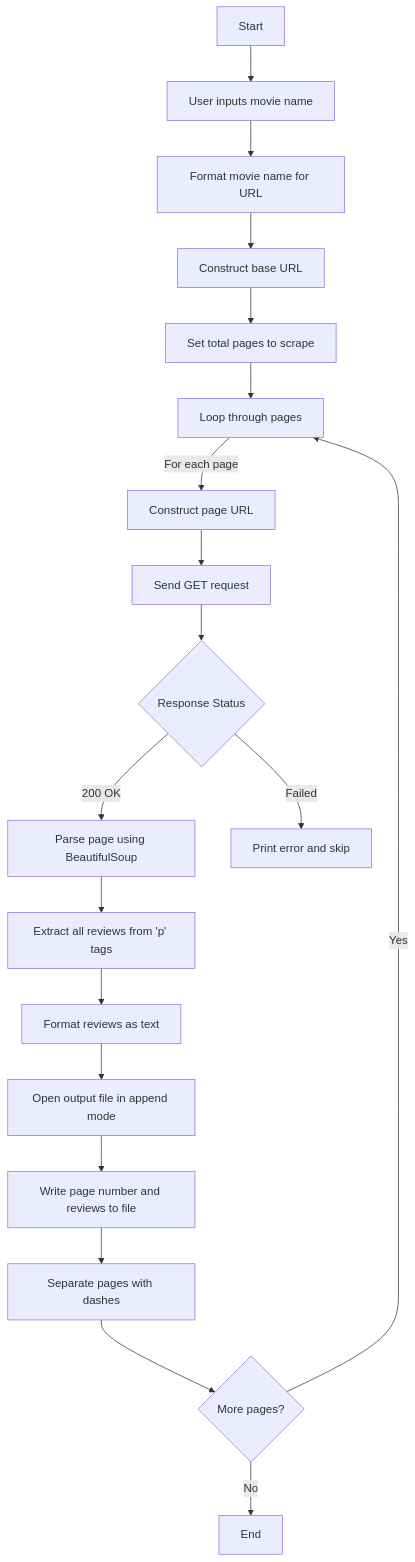
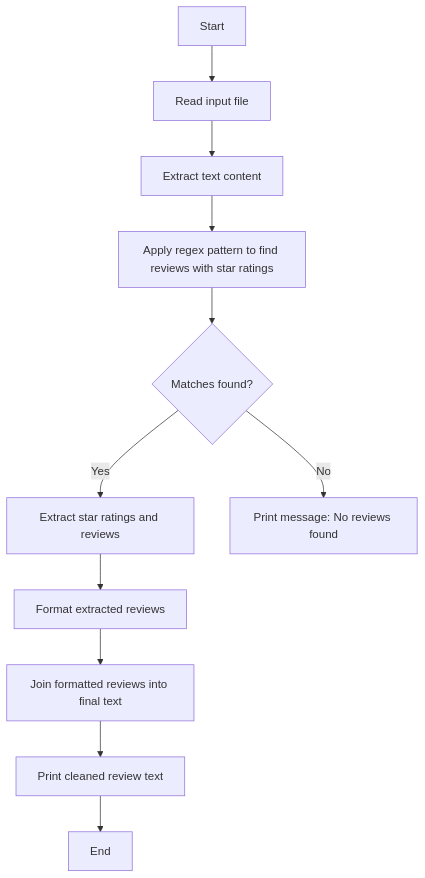
The diagram in test.md (Feininon/LetterBoxd-Review-Summarizer), drawn with Mermaid before and after one commit.

````diff
--- a/test.md
+++ b/test.md
@@ -1,22 +1,13 @@
 ```mermaid
 flowchart TD
-    A[Start] --> B[User inputs movie name]
-    B --> C[Format movie name for URL]
-    C --> D[Construct base URL]
-    D --> E[Set total pages to scrape]
-    E --> F[Loop through pages]
-    F -->|For each page| G[Construct page URL]
-    G --> H[Send GET request]
-    H --> I{Response Status}
-    I -- 200 OK --> J[Parse page using BeautifulSoup]
-    I -- Failed --> X[Print error and skip]
-    J --> K[Extract all reviews from 'p' tags]
-    K --> L[Format reviews as text]
-    L --> M[Open output file in append mode]
-    M --> N[Write page number and reviews to file]
-    N --> O[Separate pages with dashes]
-    O --> P{More pages?}
-    P -- Yes --> F
-    P -- No --> Q[End]
-
+    A[Start] --> B[Read input file]
+    B --> C[Extract text content]
+    C --> D[Apply regex pattern to find reviews with star ratings]
+    D --> E{Matches found?}
+    E -- Yes --> F[Extract star ratings and reviews]
+    E -- No --> X[Print message: No reviews found]
+    F --> G[Format extracted reviews]
+    G --> H[Join formatted reviews into final text]
+    H --> I[Print cleaned review text]
+    I --> J[End]
 ```
````
